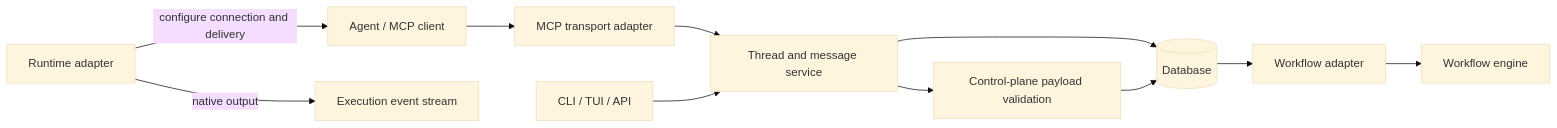
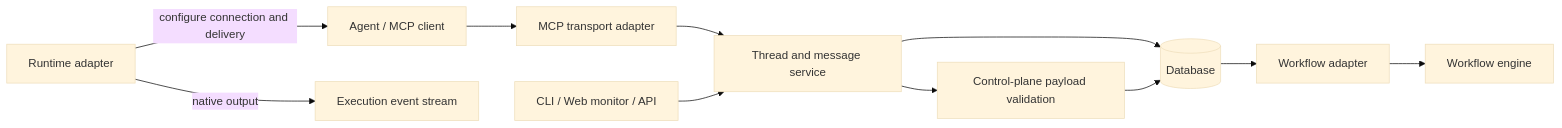
The first of 2 diagrams in comms.md (PragmaEngineering/factory-controller), drawn with Mermaid (base theme) before and after one commit. The commit also changed other lines of this file and 36 other files, not shown here.

````diff
--- a/comms.md
+++ b/comms.md
@@ -41,13 +41,13 @@
 ```mermaid
 flowchart LR
     A[Agent / MCP client] --> M[MCP transport adapter]
     M --> C[Thread and message service]
-    U[CLI / TUI / API] --> C
+    U[CLI / Web monitor / API] --> C
     C --> D[(Database)]
     C --> V[Control-plane payload validation]
     V --> D
     D --> W[Workflow adapter]
     W --> E[Workflow engine]
     R[Runtime adapter] -->|configure connection and delivery| A
     R -->|native output| S[Execution event stream]
 ```
````
